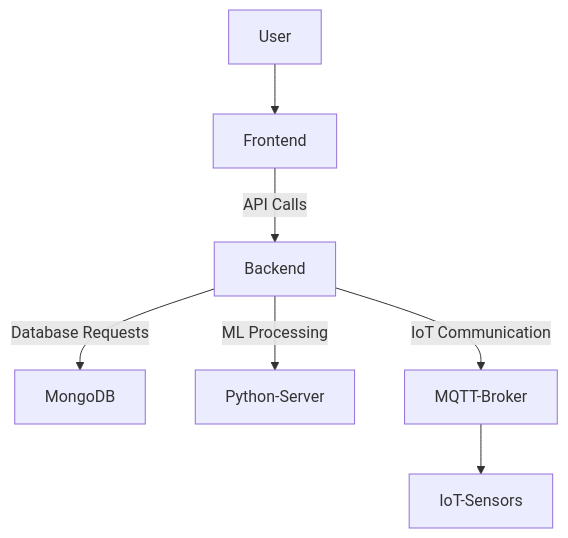
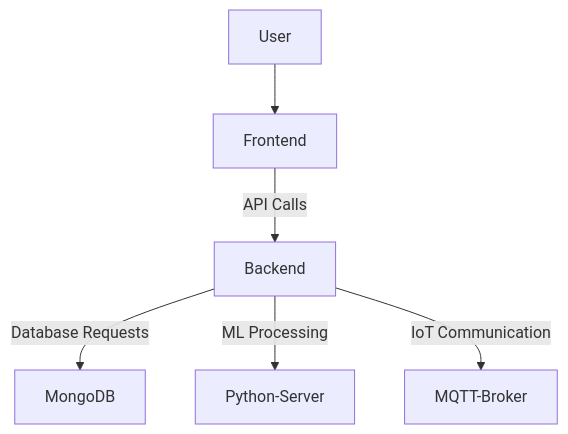
One commit to OneTeraByte7/Teckron2025 changed the diagram in README.md. Above: the diagram before and after it, drawn with Mermaid. The commit also changed other lines of this file, not shown here.

````diff
--- a/README.md
+++ b/README.md
@@ -57,9 +53,9 @@
 ```mermaid
 graph TD;
   User-->Frontend;
   Frontend-->|API Calls|Backend;
   Backend-->|Database Requests|MongoDB;
   Backend-->|ML Processing|Python-Server;
   Backend-->|IoT Communication|MQTT-Broker;
-  MQTT-Broker-->IoT-Sensors;
+
 ```
````
